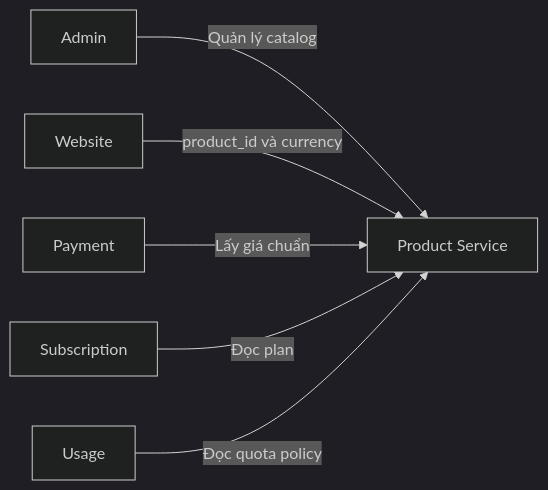
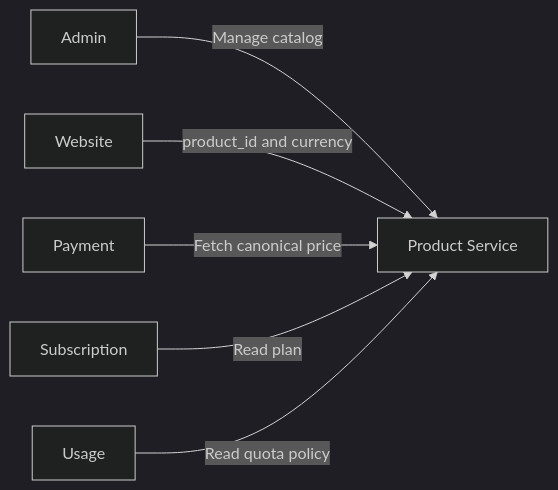
One commit to leetun2k2/go-product changed the first of 4 diagrams in specs/2026-10-06-product-catalog-service.md. Above: the diagram before and after it, drawn with Mermaid (dark theme). The commit also changed other lines of this file and 1 other file, not shown here.

Commit message:
Update database schema and product catalog service documentation to reflect English translations and clarify specifications

````diff
--- a/specs/2026-10-06-product-catalog-service.md
+++ b/specs/2026-10-06-product-catalog-service.md
@@ -11,8 +11,8 @@
 ```mermaid
 flowchart LR
-    Admin[Admin] -->|Quản lý catalog| Product[Product Service]
-    Website -->|product_id và currency| Product
-    Payment -->|Lấy giá chuẩn| Product
-    Subscription -->|Đọc plan| Product
-    Usage -->|Đọc quota policy| Product
+    Admin[Admin] -->|Manage catalog| Product[Product Service]
+    Website -->|product_id and currency| Product
+    Payment -->|Fetch canonical price| Product
+    Subscription -->|Read plan| Product
+    Usage -->|Read quota policy| Product
 ```
````
